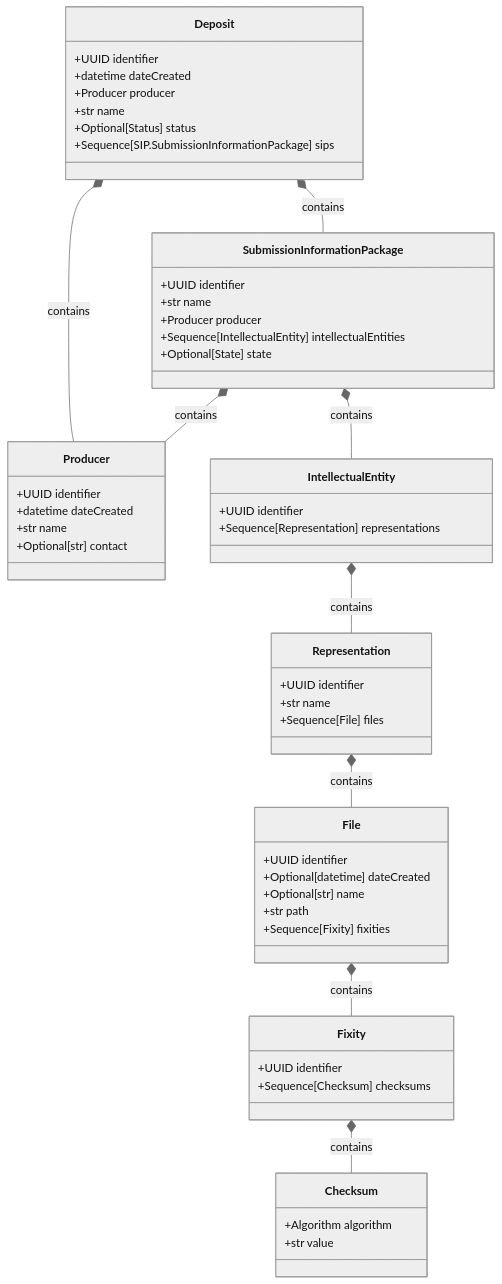
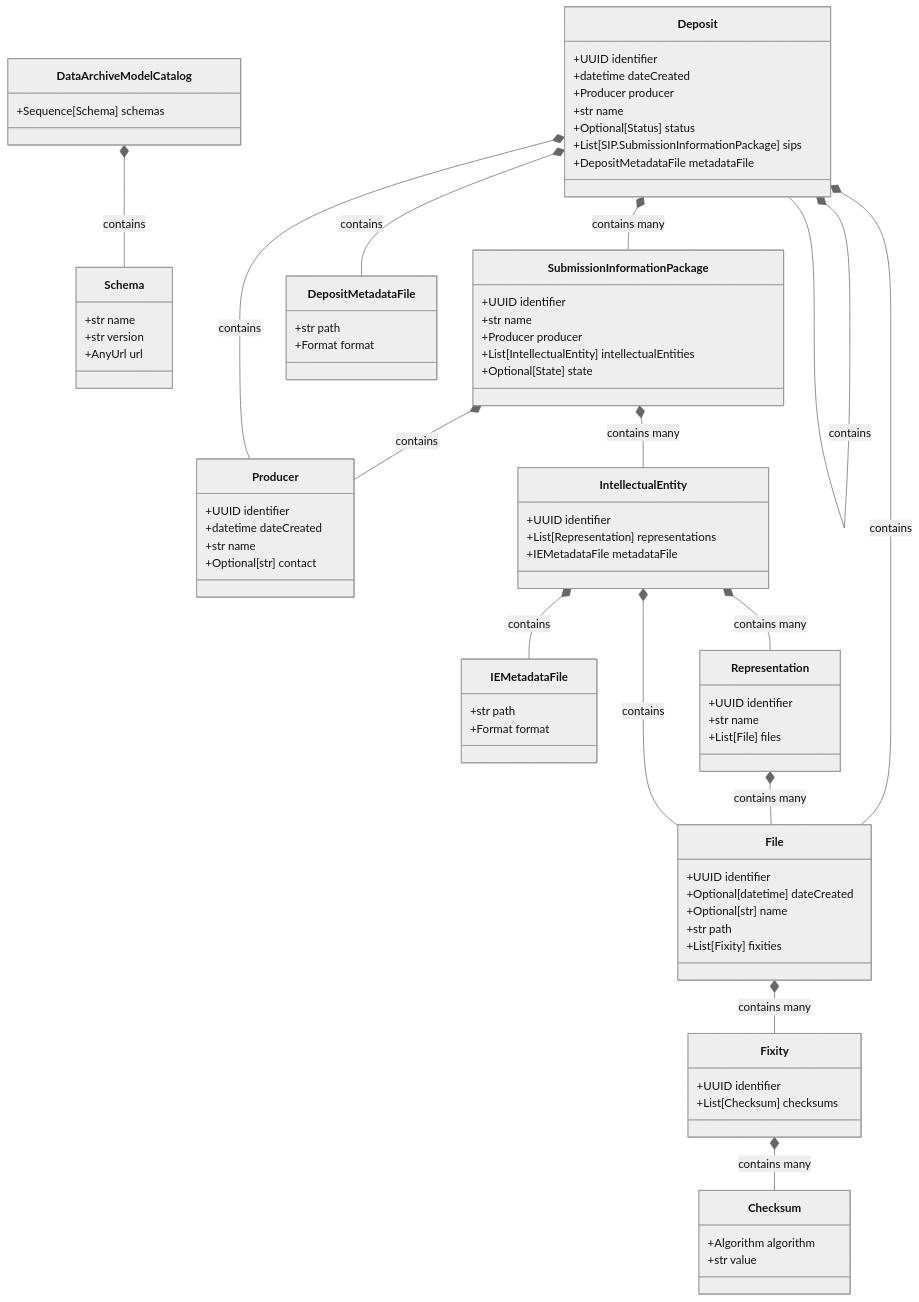
Before and after one commit to eth-library/data-archive-models: the diagram in README.md, drawn with Mermaid (neutral theme). The commit also changed other lines of this file, not shown here.

Commit message:
docs(readme): update Mermaid class diagram with MetadataFile classes

````diff
--- a/README.md
+++ b/README.md
@@ -155,5 +194,14 @@
 ```mermaid
 classDiagram
+    class Schema {
+        +str name
+        +str version
+        +AnyUrl url
+    }
+    class DataArchiveModelCatalog {
+        %% Catalog of all schemas in the Data Archive Model
+        +Sequence[Schema] schemas
+    }
     class Checksum {
         %% A checksum value with its algorithm
         +Algorithm algorithm
@@ -166,14 +214,15 @@
         +Producer producer
         +str name
         +Optional[Status] status
-        +Sequence[SIP.SubmissionInformationPackage] sips
+        +List[SIP.SubmissionInformationPackage] sips
+        +DepositMetadataFile metadataFile
     }
     class SubmissionInformationPackage {
         %% An OAIS Submission Information Package (SIP) entity
         +UUID identifier
         +str name
         +Producer producer
-        +Sequence[IntellectualEntity] intellectualEntities
+        +List[IntellectualEntity] intellectualEntities
         +Optional[State] state
     }
     class Producer {
@@ -183,36 +232,53 @@
         +str name
         +Optional[str] contact
     }
+    class IEMetadataFile {
+        %% An external metadata file accompanying an intellectual entity
+        +str path
+        +Format format
+    }
     class File {
         %% An OAIS File entity representing a digital file
         +UUID identifier
         +Optional[datetime] dateCreated
         +Optional[str] name
         +str path
-        +Sequence[Fixity] fixities
+        +List[Fixity] fixities
+    }
+    class DepositMetadataFile {
+        %% An external metadata file accompanying a deposit
+        +str path
+        +Format format
     }
     class Fixity {
         %% An OAIS Fixity entity representing integrity information for a digital file
         +UUID identifier
-        +Sequence[Checksum] checksums
+        +List[Checksum] checksums
     }
     class Representation {
         %% An OAIS Representation entity representing a specific form of an Intellectual Entity
         +UUID identifier
         +str name
-        +Sequence[File] files
+        +List[File] files
     }
     class IntellectualEntity {
         %% An OAIS Intellectual Entity representing a conceptual object
         +UUID identifier
-        +Sequence[Representation] representations
+        +List[Representation] representations
+        +IEMetadataFile metadataFile
     }
-    Representation *-- File : contains
+    Deposit *-- File : contains
+    Representation *-- File : contains many
+    IntellectualEntity *-- File : contains
+    Deposit *-- SubmissionInformationPackage : contains many
     SubmissionInformationPackage *-- Producer : contains
-    Fixity *-- Checksum : contains
-    File *-- Fixity : contains
-    SubmissionInformationPackage *-- IntellectualEntity : contains
-    Deposit *-- SubmissionInformationPackage : contains
+    IntellectualEntity *-- Representation : contains many
+    Deposit *-- DepositMetadataFile : contains
+    SubmissionInformationPackage *-- IntellectualEntity : contains many
+    Fixity *-- Checksum : contains many
+    File *-- Fixity : contains many
     Deposit *-- Producer : contains
-    IntellectualEntity *-- Representation : contains
+    IntellectualEntity *-- IEMetadataFile : contains
+    Deposit *-- Deposit : contains
+    DataArchiveModelCatalog *-- Schema : contains
 ```
````
